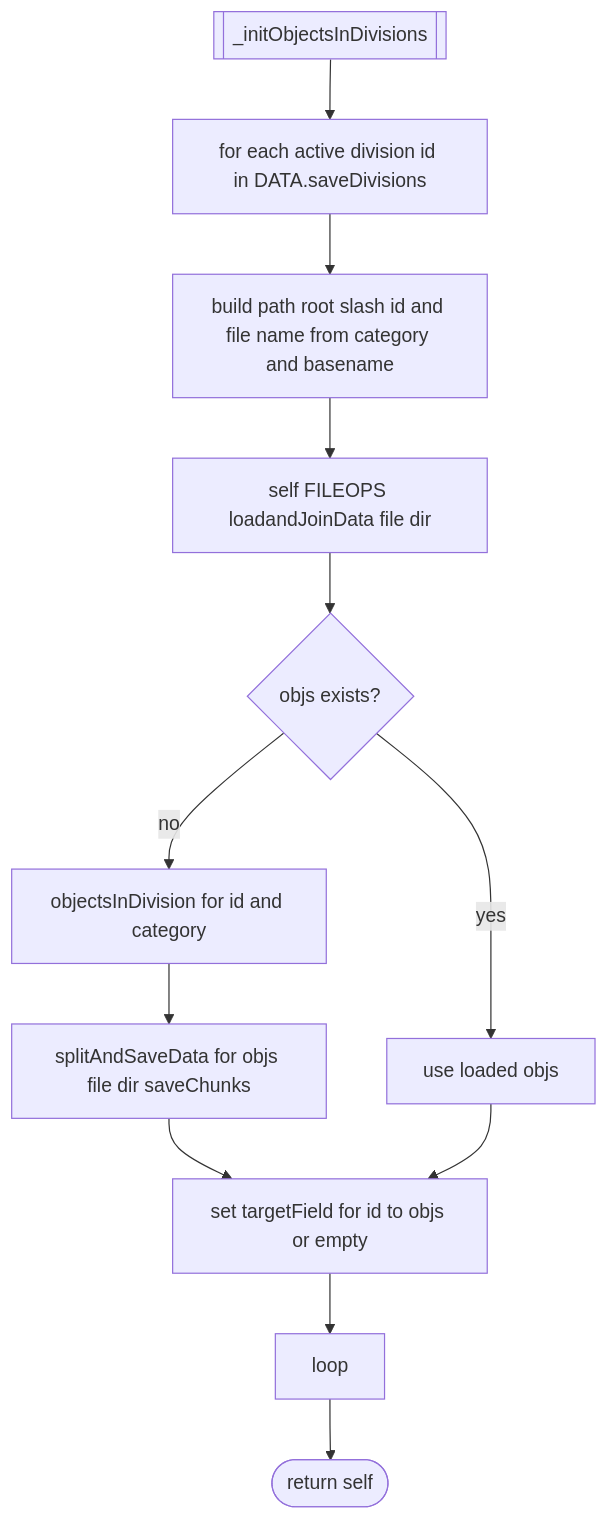
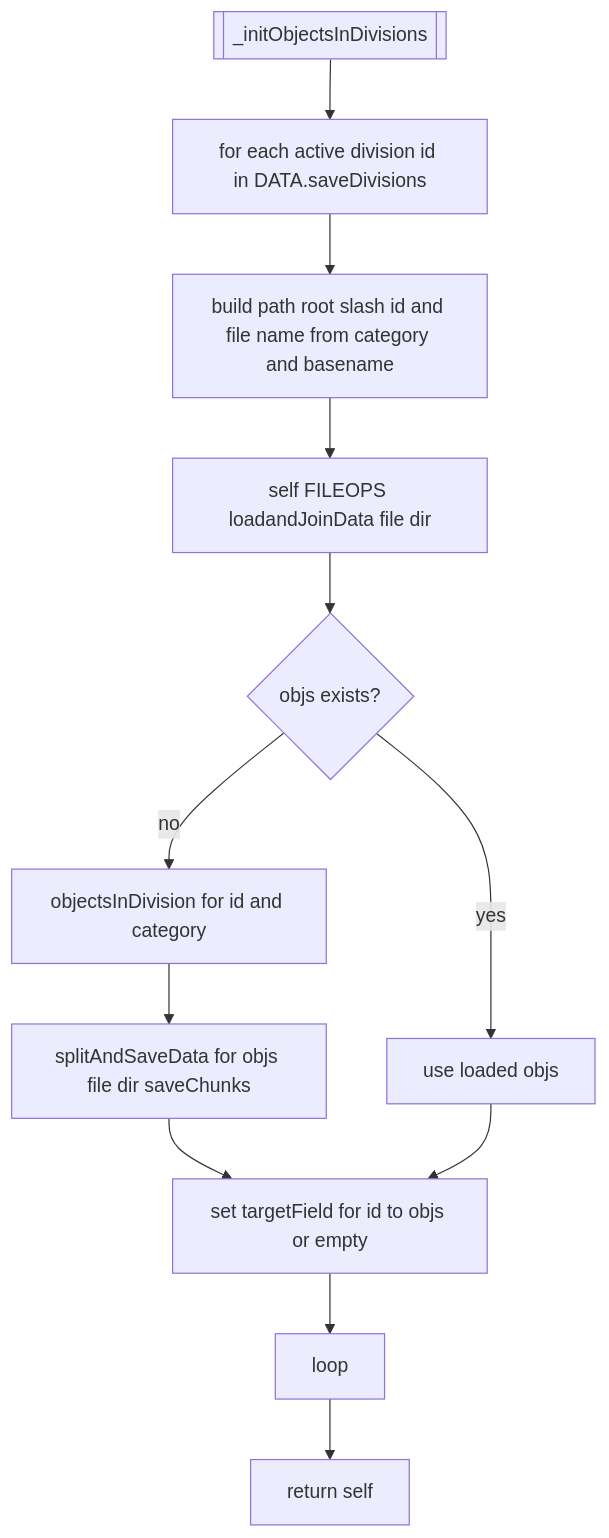
The fourth of 6 diagrams in docs/world/objects_and_db.md (Gh0st352/AETHR), drawn with Mermaid before and after one commit. The commit also changed other lines of this file, not shown here.

Commit message:
docs(objects_and_db): improve mermaid diagram syntax for clarity and consistency

````diff
--- a/docs/world/objects_and_db.md
+++ b/docs/world/objects_and_db.md
@@ -62,14 +62,14 @@
 ```mermaid
 flowchart TD
   IOI[[_initObjectsInDivisions]] --> L[for each active division id in DATA.saveDivisions]
   L --> PATH[build path root slash id and file name from category and basename]
   PATH --> TRY[self FILEOPS loadandJoinData file dir]
   TRY --> C{objs exists?}
-  C -- no --> SCAN[objectsInDivision for id and category]
+  C -->|no| SCAN[objectsInDivision for id and category]
   SCAN --> SAVE[splitAndSaveData for objs file dir saveChunks]
-  C -- yes --> USE[use loaded objs]
+  C -->|yes| USE[use loaded objs]
   SAVE --> SET[set targetField for id to objs or empty]
   USE --> SET
   SET --> NEXT[loop]
-  NEXT --> RET([return self])
+  NEXT --> RET[return self]
 ```
````
